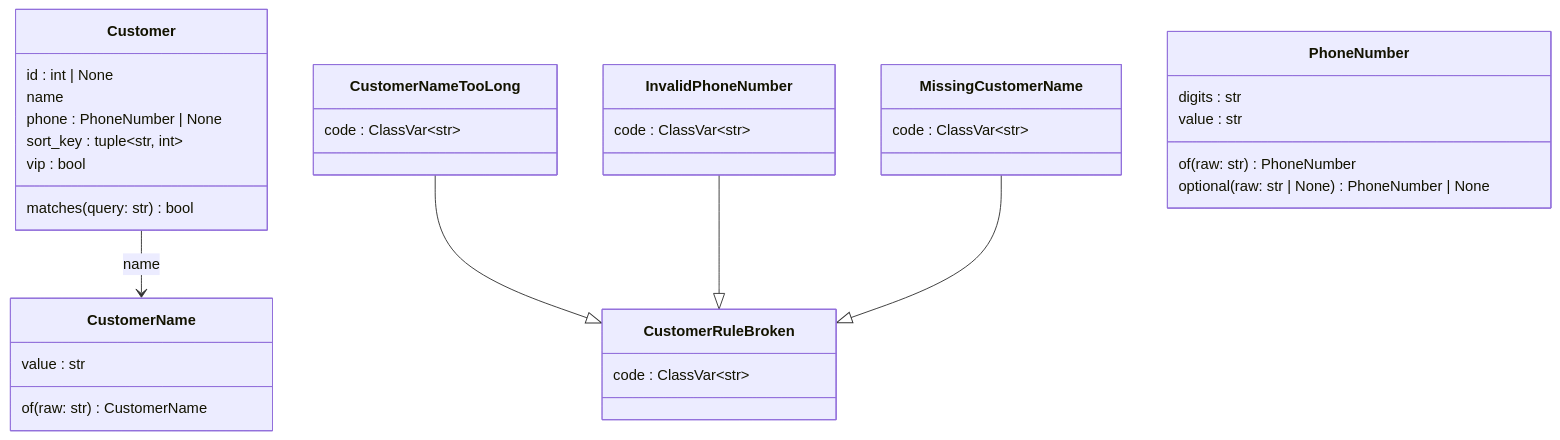
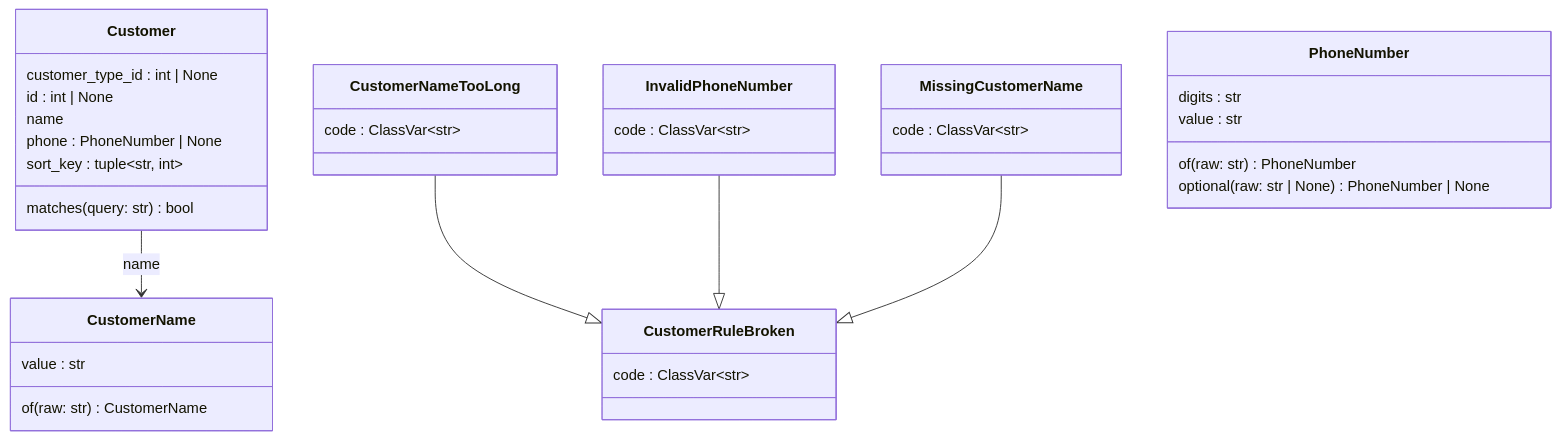
Before and after one commit to GonzaloZevallos/apostrophe: the second of 4 diagrams in docs/architecture/generated/classes/customers.md, drawn with Mermaid. The commit also changed other lines of this file and 17 other files, not shown here.

````diff
--- a/docs/architecture/generated/classes/customers.md
+++ b/docs/architecture/generated/classes/customers.md
@@ -61,37 +67,37 @@
 ```mermaid
 classDiagram
   class Customer {
+    customer_type_id : int #124; None
     id : int #124; None
     name
     phone : PhoneNumber #124; None
     sort_key : tuple~str, int~
-    vip : bool
     matches(query: str) bool
   }
   class CustomerName {
     value : str
     of(raw: str) CustomerName
   }
   class CustomerNameTooLong {
     code : ClassVar~str~
   }
   class CustomerRuleBroken {
     code : ClassVar~str~
   }
   class InvalidPhoneNumber {
     code : ClassVar~str~
   }
   class MissingCustomerName {
     code : ClassVar~str~
   }
   class PhoneNumber {
     digits : str
     value : str
     of(raw: str) PhoneNumber
     optional(raw: str #124; None) PhoneNumber #124; None
   }
   Customer --> CustomerName : name
   CustomerNameTooLong --|> CustomerRuleBroken
   InvalidPhoneNumber --|> CustomerRuleBroken
   MissingCustomerName --|> CustomerRuleBroken
 ```
````
